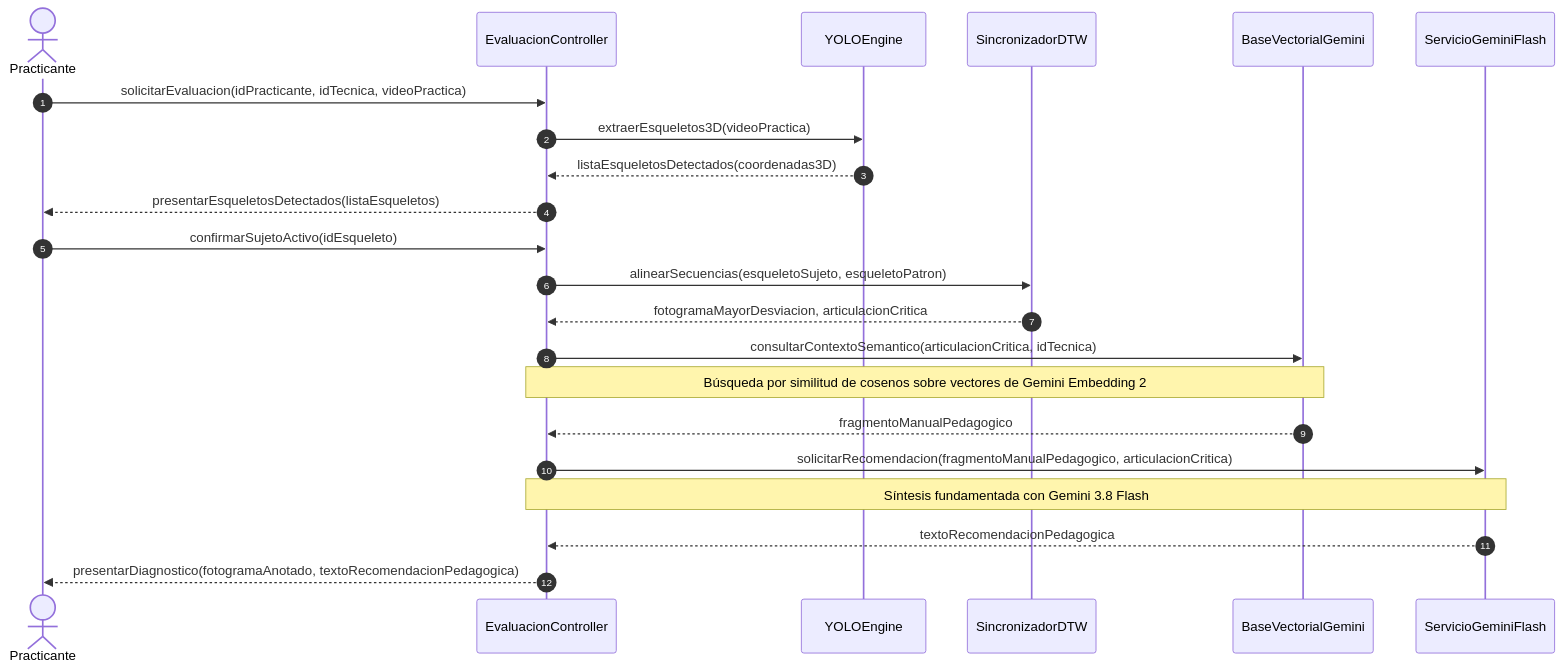
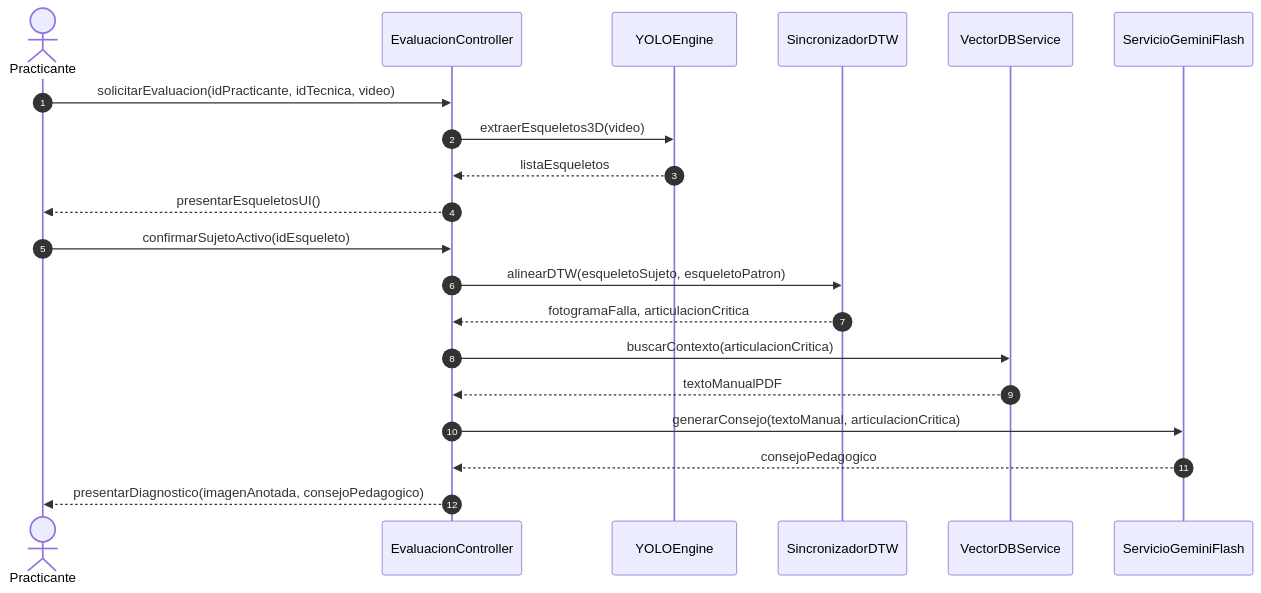
Before and after one commit to Tsmrain/JiuJitsu: the eighth of 9 diagrams in README.md, drawn with Mermaid. The commit also changed other lines of this file, not shown here.

Commit message:
refactor: restructure system architecture documentation into concise layers and a formal GRASP responsibility matrix

````diff
--- a/README.md
+++ b/README.md
@@ -623,25 +608,23 @@
 ```mermaid
 sequenceDiagram
     autonumber
     actor P as Practicante
     participant C as EvaluacionController
-    participant V as YOLOEngine
+    participant Y as YOLOEngine
     participant D as SincronizadorDTW
-    participant R as BaseVectorialGemini
+    participant V as VectorDBService
     participant G as ServicioGeminiFlash
 
-    P->>C: solicitarEvaluacion(idPracticante, idTecnica, videoPractica)
-    C->>V: extraerEsqueletos3D(videoPractica)
-    V-->>C: listaEsqueletosDetectados(coordenadas3D)
-    C-->>P: presentarEsqueletosDetectados(listaEsqueletos)
+    P->>C: solicitarEvaluacion(idPracticante, idTecnica, video)
+    C->>Y: extraerEsqueletos3D(video)
+    Y-->>C: listaEsqueletos
+    C-->>P: presentarEsqueletosUI()
     P->>C: confirmarSujetoActivo(idEsqueleto)
-    C->>D: alinearSecuencias(esqueletoSujeto, esqueletoPatron)
-    D-->>C: fotogramaMayorDesviacion, articulacionCritica
-    C->>R: consultarContextoSemantico(articulacionCritica, idTecnica)
-    Note over C,R: Búsqueda por similitud de cosenos sobre vectores de Gemini Embedding 2
-    R-->>C: fragmentoManualPedagogico
-    C->>G: solicitarRecomendacion(fragmentoManualPedagogico, articulacionCritica)
-    Note over C,G: Síntesis fundamentada con Gemini 3.8 Flash
-    G-->>C: textoRecomendacionPedagogica
-    C-->>P: presentarDiagnostico(fotogramaAnotado, textoRecomendacionPedagogica)
+    C->>D: alinearDTW(esqueletoSujeto, esqueletoPatron)
+    D-->>C: fotogramaFalla, articulacionCritica
+    C->>V: buscarContexto(articulacionCritica)
+    V-->>C: textoManualPDF
+    C->>G: generarConsejo(textoManual, articulacionCritica)
+    G-->>C: consejoPedagogico
+    C-->>P: presentarDiagnostico(imagenAnotada, consejoPedagogico)
 ```
````
